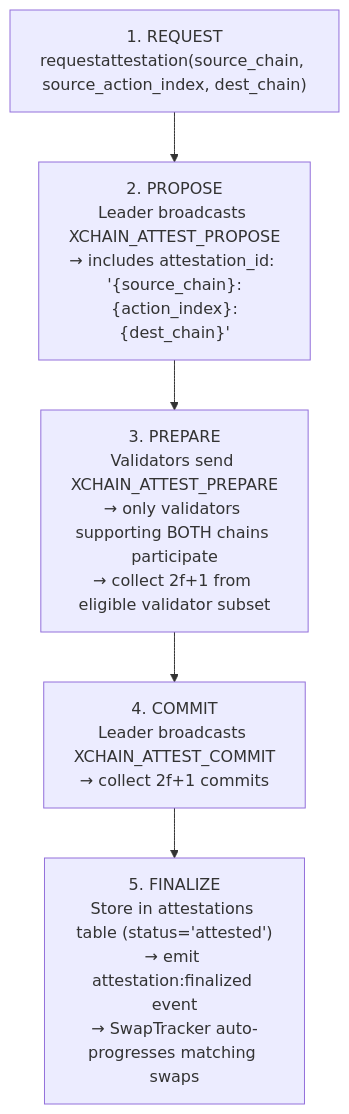
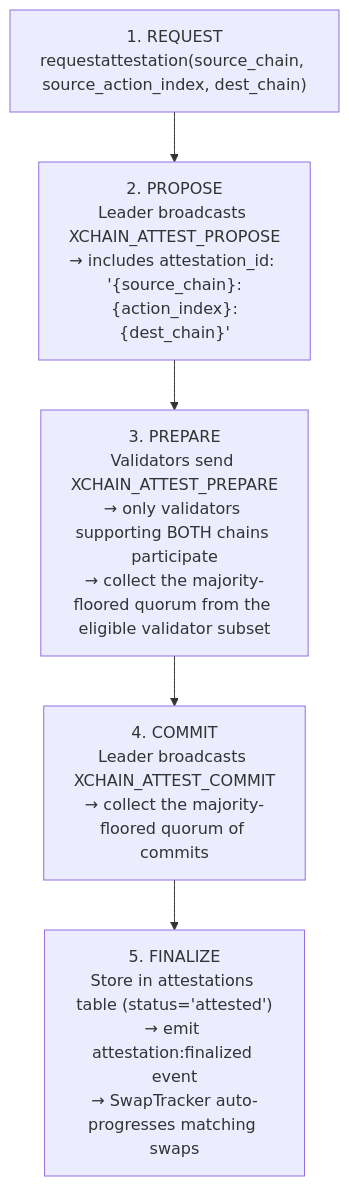
Before and after one commit to XChain-Platform/xchain-documentation: the ninth of 11 diagrams in components/hub/architecture.md, drawn with Mermaid. The commit also changed other lines of this file and 15 other files, not shown here.

````diff
--- a/components/hub/architecture.md
+++ b/components/hub/architecture.md
@@ -408,10 +408,10 @@
 ```mermaid
 flowchart TD
     S1["1. REQUEST<br>requestattestation(source_chain, source_action_index, dest_chain)"]
     S2["2. PROPOSE<br>Leader broadcasts XCHAIN_ATTEST_PROPOSE<br>→ includes attestation_id: '{source_chain}:{action_index}:{dest_chain}'"]
-    S3["3. PREPARE<br>Validators send XCHAIN_ATTEST_PREPARE<br>→ only validators supporting BOTH chains participate<br>→ collect 2f+1 from eligible validator subset"]
-    S4["4. COMMIT<br>Leader broadcasts XCHAIN_ATTEST_COMMIT<br>→ collect 2f+1 commits"]
+    S3["3. PREPARE<br>Validators send XCHAIN_ATTEST_PREPARE<br>→ only validators supporting BOTH chains participate<br>→ collect the majority-floored quorum from the eligible validator subset"]
+    S4["4. COMMIT<br>Leader broadcasts XCHAIN_ATTEST_COMMIT<br>→ collect the majority-floored quorum of commits"]
     S5["5. FINALIZE<br>Store in attestations table (status='attested')<br>→ emit attestation:finalized event<br>→ SwapTracker auto-progresses matching swaps"]
 
     S1 --> S2 --> S3 --> S4 --> S5
 ```
````
